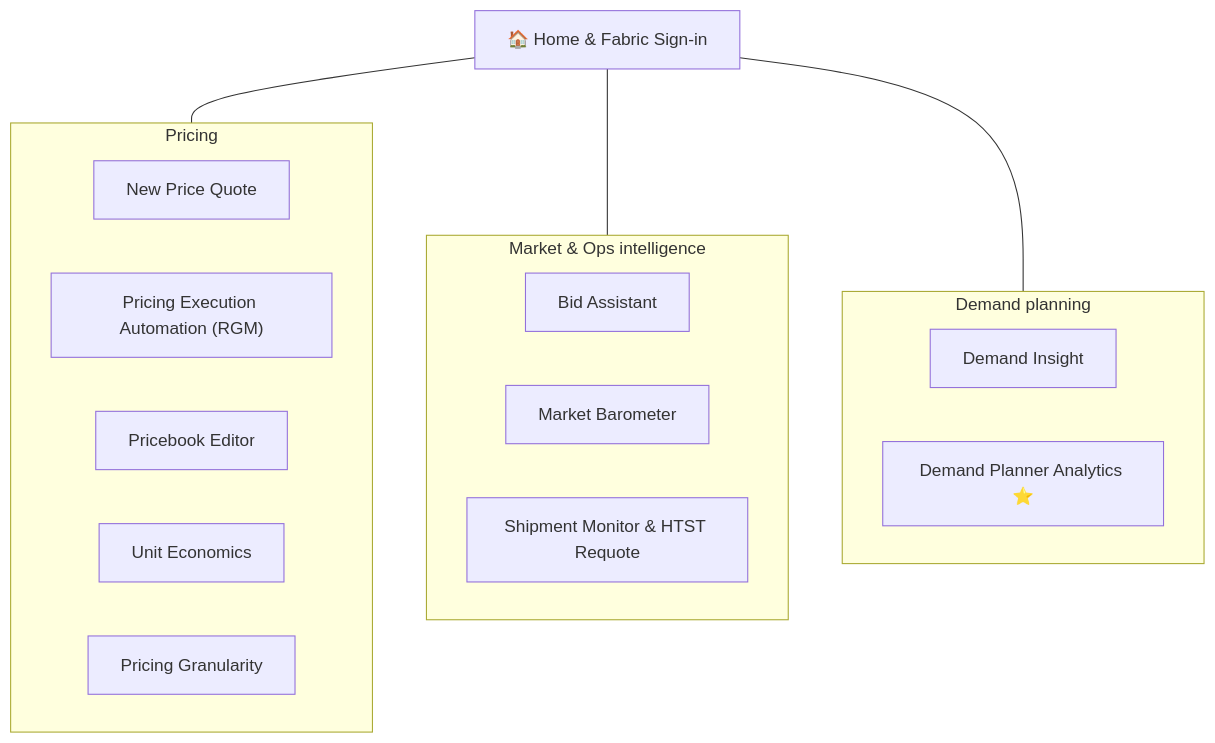
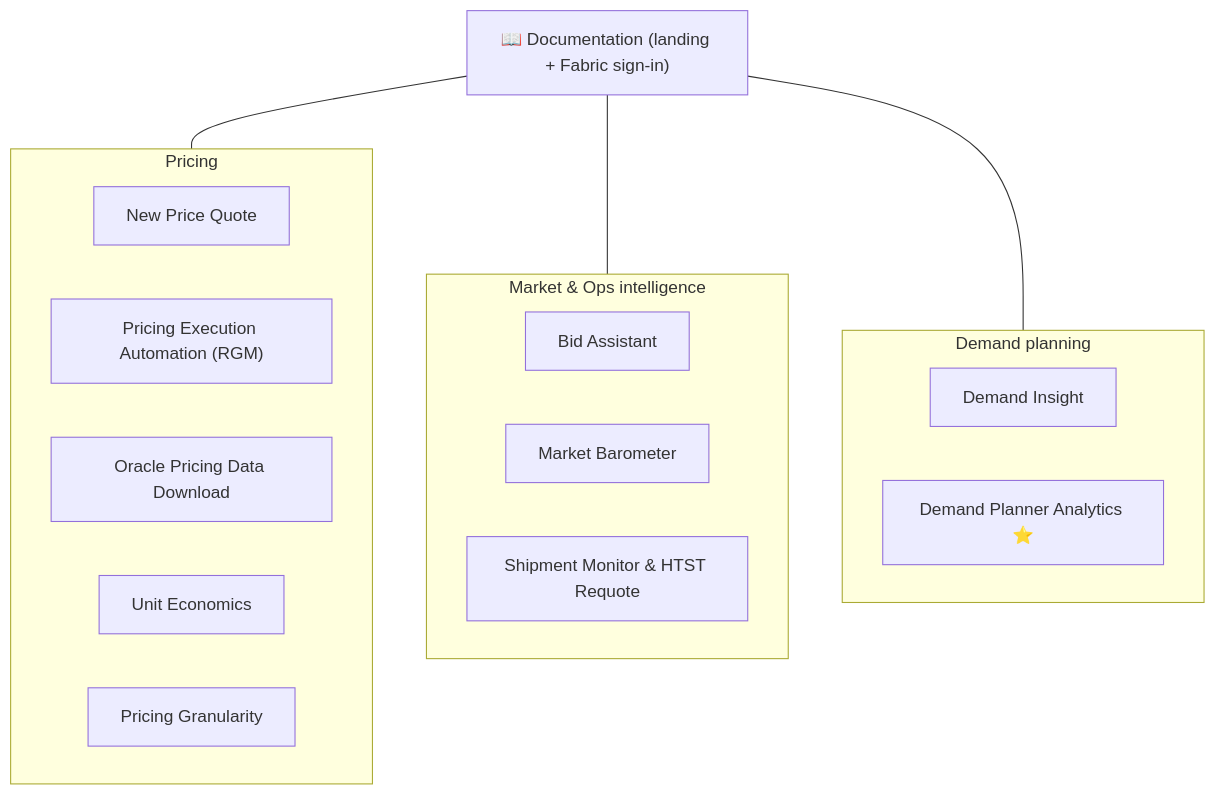
Before and after one commit to QiaoweiW/Pricing_Execution_Assistant: the fourth of 5 diagrams in README.md, drawn with Mermaid. The commit also changed other lines of this file and 12 other files, not shown here.

````diff
--- a/README.md
+++ b/README.md
@@ -108,23 +108,23 @@
 ```mermaid
 flowchart TD
-    HOME["🏠 Home & Fabric Sign-in"]
+    HOME["📖 Documentation (landing + Fabric sign-in)"]
     subgraph PRICING["Pricing"]
       NPQ["New Price Quote"]
       PEA["Pricing Execution Automation (RGM)"]
-      PBE["Pricebook Editor"]
+      PBE["Oracle Pricing Data Download"]
       UE["Unit Economics"]
       PG["Pricing Granularity"]
     end
     subgraph INTEL["Market & Ops intelligence"]
       BID["Bid Assistant"]
       MB["Market Barometer"]
       SHIP["Shipment Monitor & HTST Requote"]
     end
     subgraph DEMAND["Demand planning"]
       DI["Demand Insight"]
       DPA["Demand Planner Analytics ⭐"]
     end
     HOME --- PRICING
     HOME --- INTEL
     HOME --- DEMAND
 ```
````
